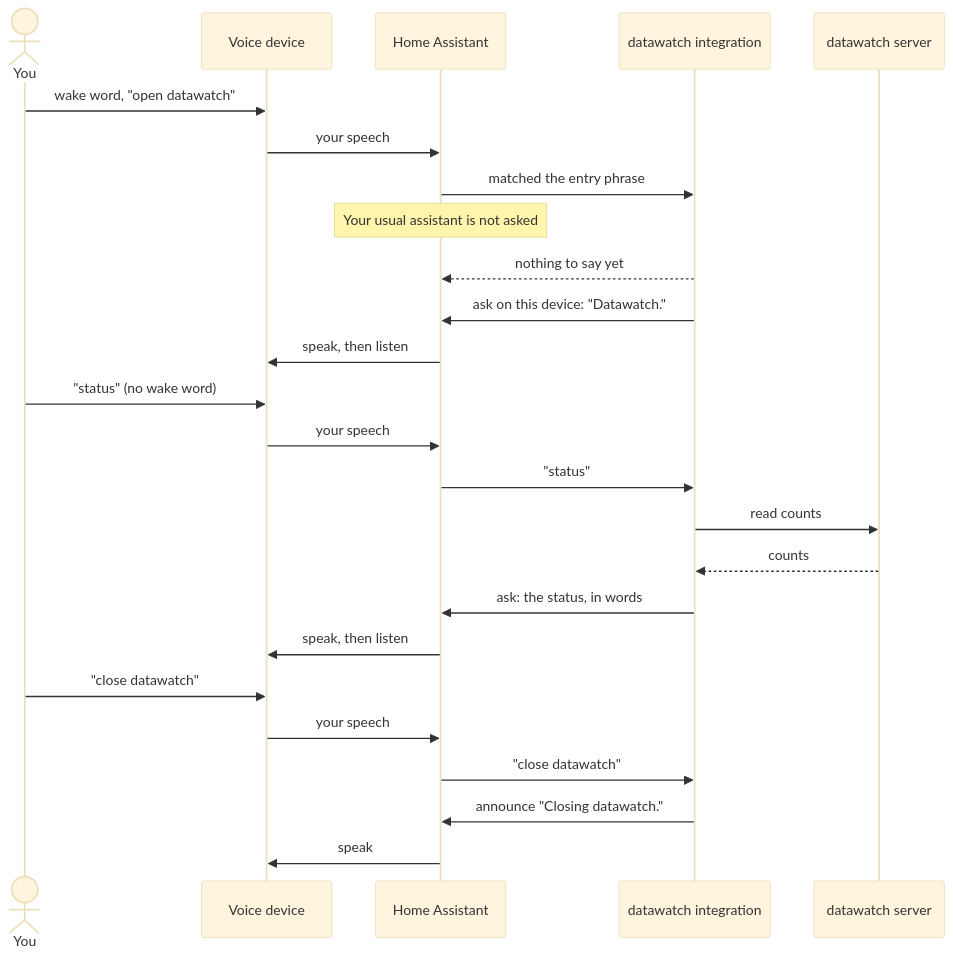
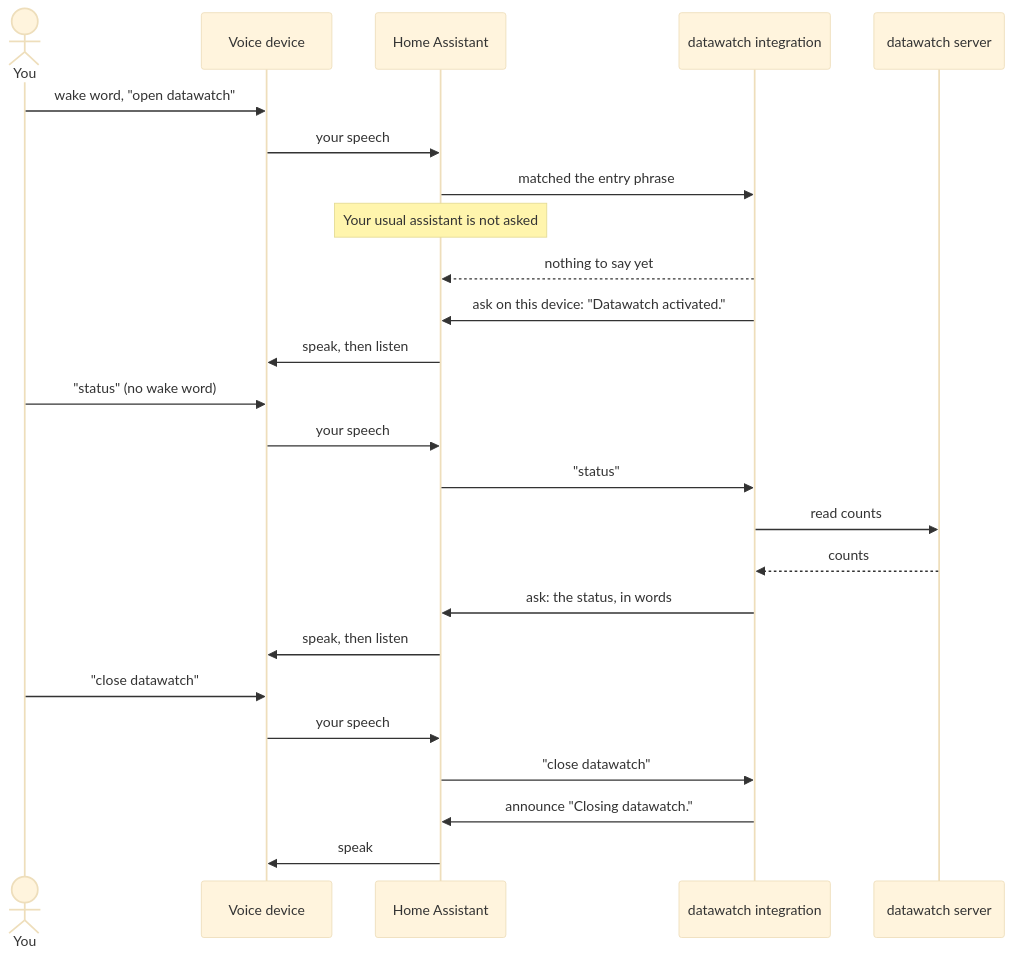
One commit to dmz006/datawatch-hacs changed the first of 3 diagrams in docs/how-it-works.md. Above: the diagram before and after it, drawn with Mermaid (base theme). The commit also changed 3 other files, not shown here.

Commit message:
feat: say "Datawatch activated" when the mode opens

````diff
--- a/docs/how-it-works.md
+++ b/docs/how-it-works.md
@@ -14,28 +14,28 @@
 ```mermaid
 sequenceDiagram
     actor You
     participant Device as Voice device
     participant HA as Home Assistant
     participant I as datawatch integration
     participant DW as datawatch server
 
     You->>Device: wake word, "open datawatch"
     Device->>HA: your speech
     HA->>I: matched the entry phrase
     Note over HA: Your usual assistant is not asked
     I-->>HA: nothing to say yet
-    I->>HA: ask on this device: "Datawatch."
+    I->>HA: ask on this device: "Datawatch activated."
     HA->>Device: speak, then listen
     You->>Device: "status" (no wake word)
     Device->>HA: your speech
     HA->>I: "status"
     I->>DW: read counts
     DW-->>I: counts
     I->>HA: ask: the status, in words
     HA->>Device: speak, then listen
     You->>Device: "close datawatch"
     Device->>HA: your speech
     HA->>I: "close datawatch"
     I->>HA: announce "Closing datawatch."
     HA->>Device: speak
 ```
````
